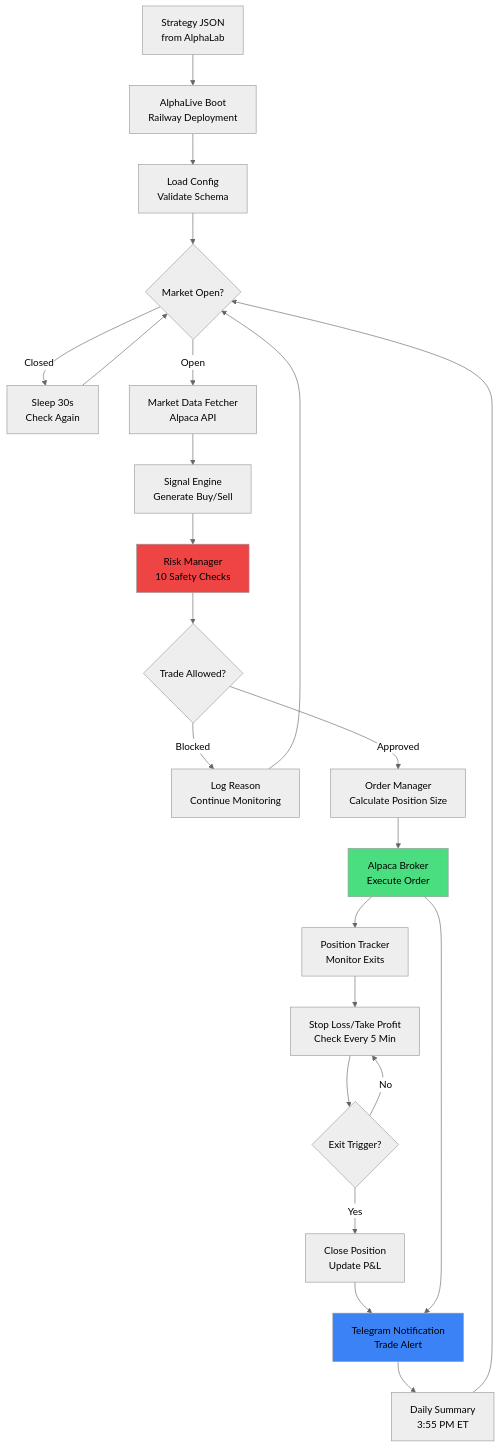
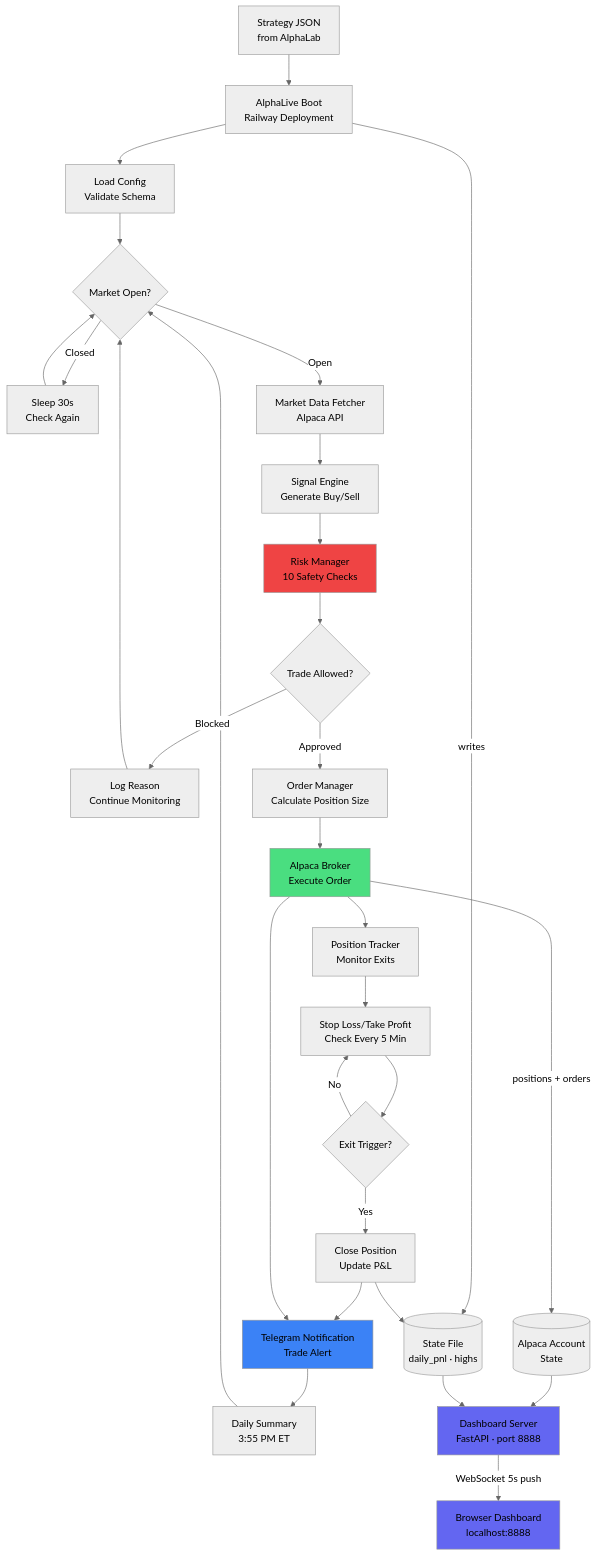
One commit to bernardoguterres/AlphaLive changed the diagram in README.md. Above: the diagram before and after it, drawn with Mermaid (neutral theme). The commit also changed other lines of this file and 4 other files, not shown here.

First line of the commit message:
feat: persist daily P&L chart across page reloads via localStorage

````diff
--- a/README.md
+++ b/README.md
@@ -221,29 +221,38 @@
 ```mermaid
 flowchart TD
     A[Strategy JSON<br/>from AlphaLab] --> B[AlphaLive Boot<br/>Railway Deployment]
     B --> C[Load Config<br/>Validate Schema]
     C --> D{Market Open?}
     D -->|Closed| E[Sleep 30s<br/>Check Again]
     E --> D
     D -->|Open| F[Market Data Fetcher<br/>Alpaca API]
     F --> G[Signal Engine<br/>Generate Buy/Sell]
     G --> H[Risk Manager<br/>10 Safety Checks]
     H --> I{Trade Allowed?}
     I -->|Blocked| J[Log Reason<br/>Continue Monitoring]
     I -->|Approved| K[Order Manager<br/>Calculate Position Size]
     K --> L[Alpaca Broker<br/>Execute Order]
     L --> M[Position Tracker<br/>Monitor Exits]
     M --> N[Stop Loss/Take Profit<br/>Check Every 5 Min]
     N --> O{Exit Trigger?}
     O -->|Yes| P[Close Position<br/>Update P&L]
     O -->|No| N
     P --> Q[Telegram Notification<br/>Trade Alert]
     L --> Q
     Q --> R[Daily Summary<br/>3:55 PM ET]
     R --> D
     J --> D
-    
+
+    L -->|positions + orders| S[(Alpaca Account<br/>State)]
+    B -->|writes| T[(State File<br/>daily_pnl · highs)]
+    P --> T
+    S --> U[Dashboard Server<br/>FastAPI · port 8888]
+    T --> U
+    U -->|WebSocket 5s push| V[Browser Dashboard<br/>localhost:8888]
+
     style H fill:#ef4444
     style L fill:#4ade80
     style Q fill:#3b82f6
+    style U fill:#6366f1
+    style V fill:#6366f1
 ```
````
